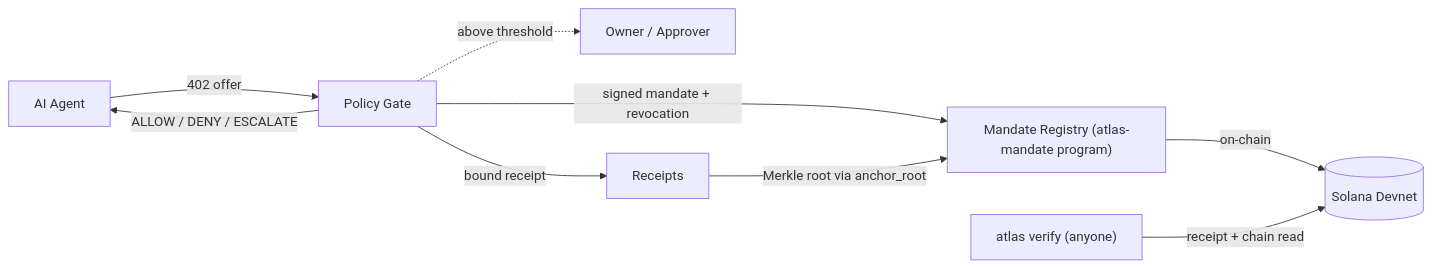
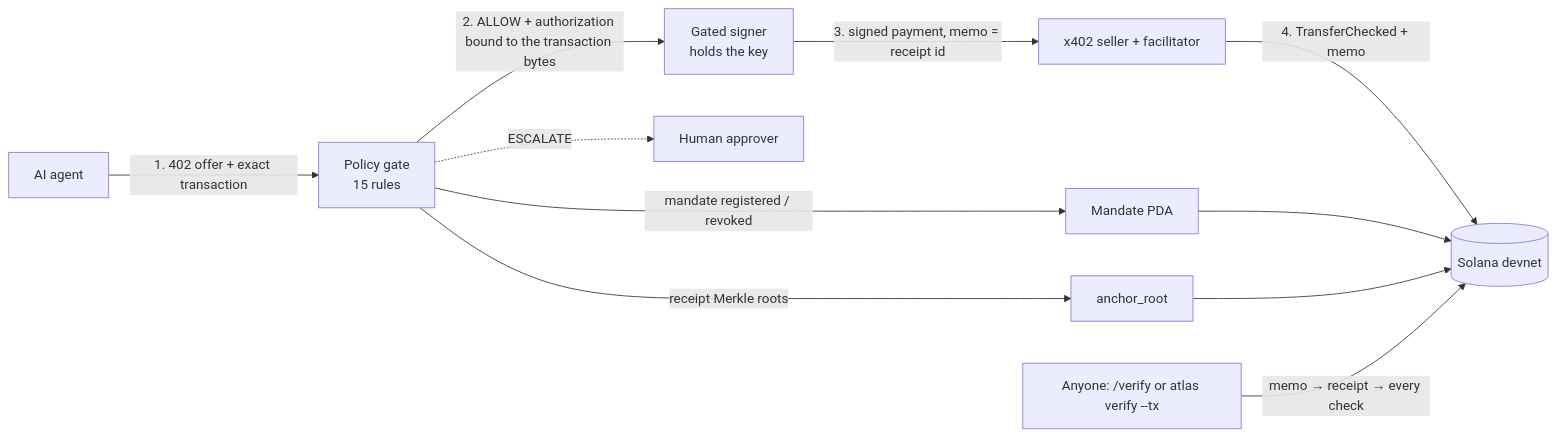
The diagram in README.md (Rime504/atlas-rail), drawn with Mermaid before and after one commit. The commit also changed other lines of this file and 3 other files, not shown here.

````diff
--- a/README.md
+++ b/README.md
@@ -17,11 +111,13 @@
 ```mermaid
 graph LR
-    Agent[AI Agent] -->|"402 offer"| Gate[Policy Gate]
-    Gate -->|ALLOW / DENY / ESCALATE| Agent
-    Gate -.->|above threshold| Human[Owner / Approver]
-    Gate -->|signed mandate + revocation| Registry["Mandate Registry (atlas-mandate program)"]
-    Gate -->|bound receipt| Receipts[Receipts]
-    Receipts -->|Merkle root via anchor_root| Registry
-    Registry -->|on-chain| Solana[(Solana Devnet)]
-    Verifier["atlas verify (anyone)"] -->|receipt + chain read| Solana
+    A[AI agent] -->|"1. 402 offer + exact transaction"| G[Policy gate<br/>15 rules]
+    G -->|"2. ALLOW + authorization bound to the transaction bytes"| S[Gated signer<br/>holds the key]
+    G -.->|ESCALATE| H[Human approver]
+    S -->|"3. signed payment, memo = receipt id"| X[x402 seller + facilitator]
+    X -->|"4. TransferChecked + memo"| SOL[(Solana devnet)]
+    G -->|mandate registered / revoked| PDA[Mandate PDA]
+    G -->|receipt Merkle roots| ROOT[anchor_root]
+    PDA --> SOL
+    ROOT --> SOL
+    V["Anyone: /verify or atlas verify --tx"] -->|"memo → receipt → every check"| SOL
 ```
````
